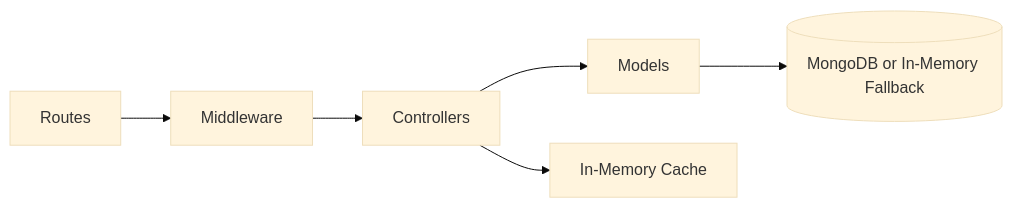
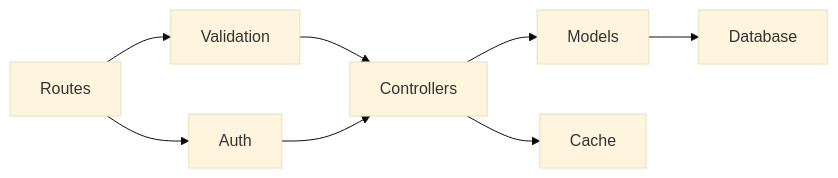
Before and after one commit to adarshkshitij/Assignment: the second of 5 diagrams in ARCHITECTURE.md, drawn with Mermaid (base theme). The commit also changed other lines of this file and 7 other files, not shown here.

````diff
--- a/ARCHITECTURE.md
+++ b/ARCHITECTURE.md
@@ -32,8 +35,10 @@
 ```mermaid
 flowchart LR
-    Routes --> Middleware
-    Middleware --> Controllers
+    Routes --> Validation
+    Routes --> Auth
+    Validation --> Controllers
+    Auth --> Controllers
     Controllers --> Models
-    Controllers --> Cache[In-Memory Cache]
-    Models --> Mongo[(MongoDB or In-Memory Fallback)]
+    Controllers --> Cache
+    Models --> Database
 ```
````
